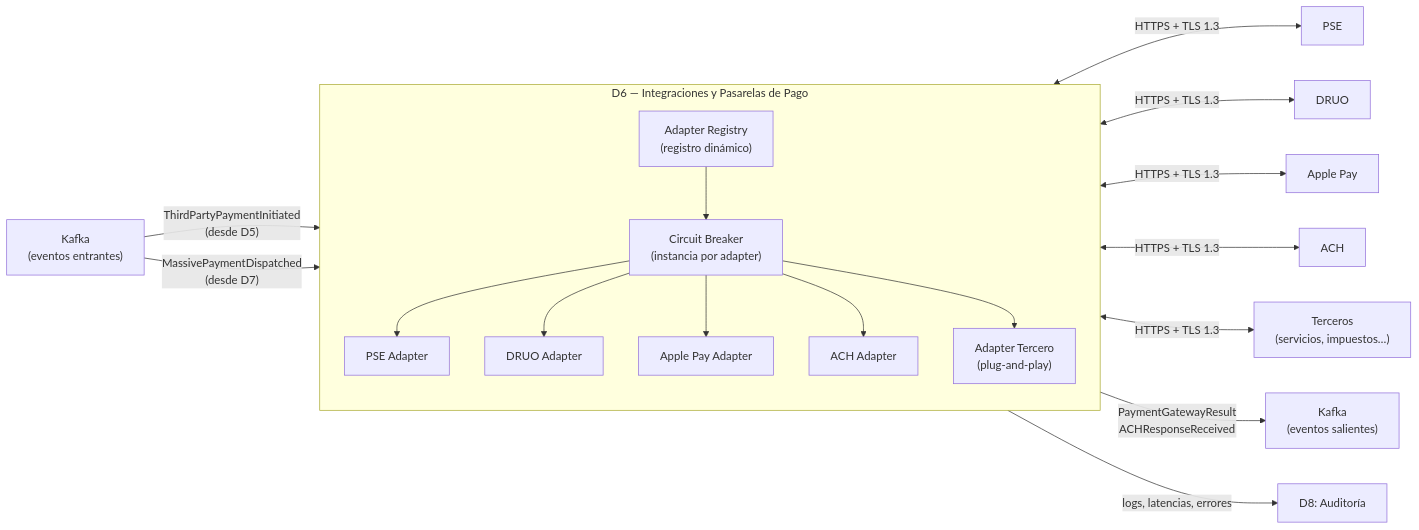
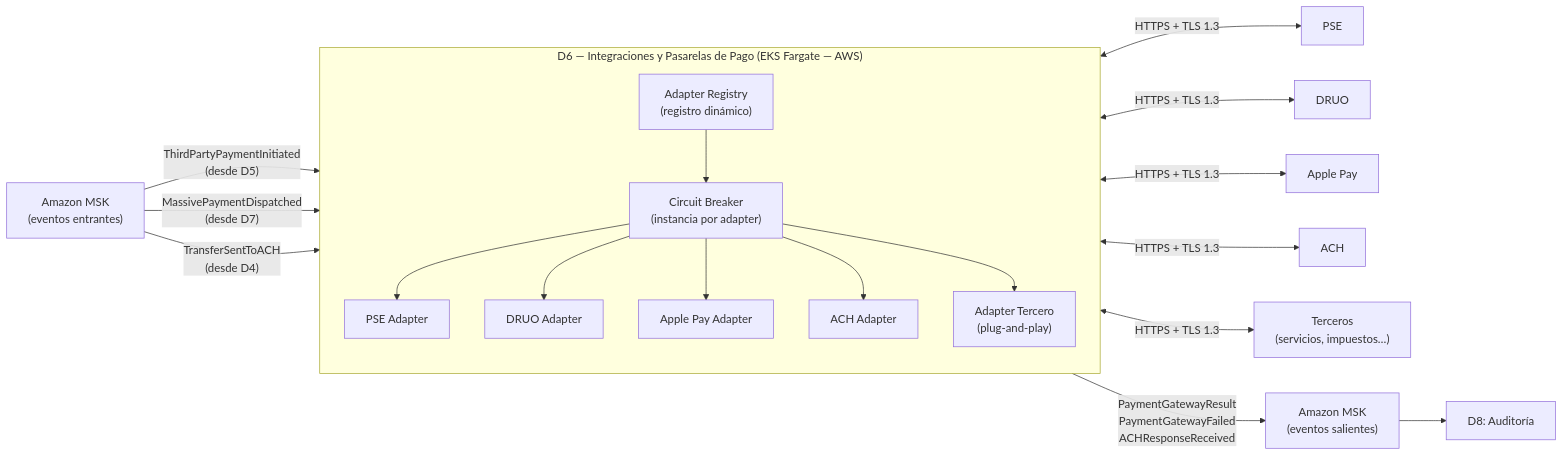
One commit to ortizSimon/GuionArquitecturas changed the sixth of 8 diagrams in secciones/seccion_3_diagrama.md. Above: the diagram before and after it, drawn with Mermaid. The commit also changed other lines of this file and 11 other files, not shown here.

````diff
--- a/secciones/seccion_3_diagrama.md
+++ b/secciones/seccion_3_diagrama.md
@@ -389,46 +394,47 @@
 ```mermaid
 graph LR
     %% ── Entradas (izquierda) ──────────────────────────────────────
-    KAFKA_IN["Kafka\n(eventos entrantes)"]
+    KAFKA_IN["Amazon MSK\n(eventos entrantes)"]
     KAFKA_IN -->|"ThirdPartyPaymentInitiated\n(desde D5)"| AdapterRegistry
     KAFKA_IN -->|"MassivePaymentDispatched\n(desde D7)"| AdapterRegistry
+    KAFKA_IN -->|"TransferSentToACH\n(desde D4)"| AdapterRegistry
 
     %% ── D6: Integraciones y Pasarelas (centro) ────────────────────
-    subgraph D6["D6 — Integraciones y Pasarelas de Pago"]
+    subgraph D6["D6 — Integraciones y Pasarelas de Pago (EKS Fargate — AWS)"]
         direction TB
         AdapterRegistry["Adapter Registry\n(registro dinámico)"]
         CircuitBreaker["Circuit Breaker\n(instancia por adapter)"]
         PSEAdapter["PSE Adapter"]
         DRUOAdapter["DRUO Adapter"]
         AppleAdapter["Apple Pay Adapter"]
         ACHAdapter["ACH Adapter"]
         PluginAdapter["Adapter Tercero\n(plug-and-play)"]
 
         AdapterRegistry --> CircuitBreaker
         CircuitBreaker --> PSEAdapter
         CircuitBreaker --> DRUOAdapter
         CircuitBreaker --> AppleAdapter
         CircuitBreaker --> ACHAdapter
         CircuitBreaker --> PluginAdapter
     end
 
     %% ── Sistemas externos (derecha) ───────────────────────────────
     PSE["PSE"]
     DRUO["DRUO"]
     APPLE["Apple Pay"]
     ACH["ACH"]
     TERCEROS["Terceros\n(servicios, impuestos…)"]
 
     PSEAdapter <-->|"HTTPS + TLS 1.3"| PSE
     DRUOAdapter <-->|"HTTPS + TLS 1.3"| DRUO
     AppleAdapter <-->|"HTTPS + TLS 1.3"| APPLE
     ACHAdapter <-->|"HTTPS + TLS 1.3"| ACH
     PluginAdapter <-->|"HTTPS + TLS 1.3"| TERCEROS
 
     %% ── Salidas (abajo) ───────────────────────────────────────────
-    KAFKA_OUT["Kafka\n(eventos salientes)"]
+    KAFKA_OUT["Amazon MSK\n(eventos salientes)"]
     D8["D8: Auditoría"]
 
-    AdapterRegistry -->|"PaymentGatewayResult\nACHResponseReceived"| KAFKA_OUT
-    AdapterRegistry -->|"logs, latencias, errores"| D8
+    AdapterRegistry -->|"PaymentGatewayResult\nPaymentGatewayFailed\nACHResponseReceived"| KAFKA_OUT
+    KAFKA_OUT --> D8
 ```
````
